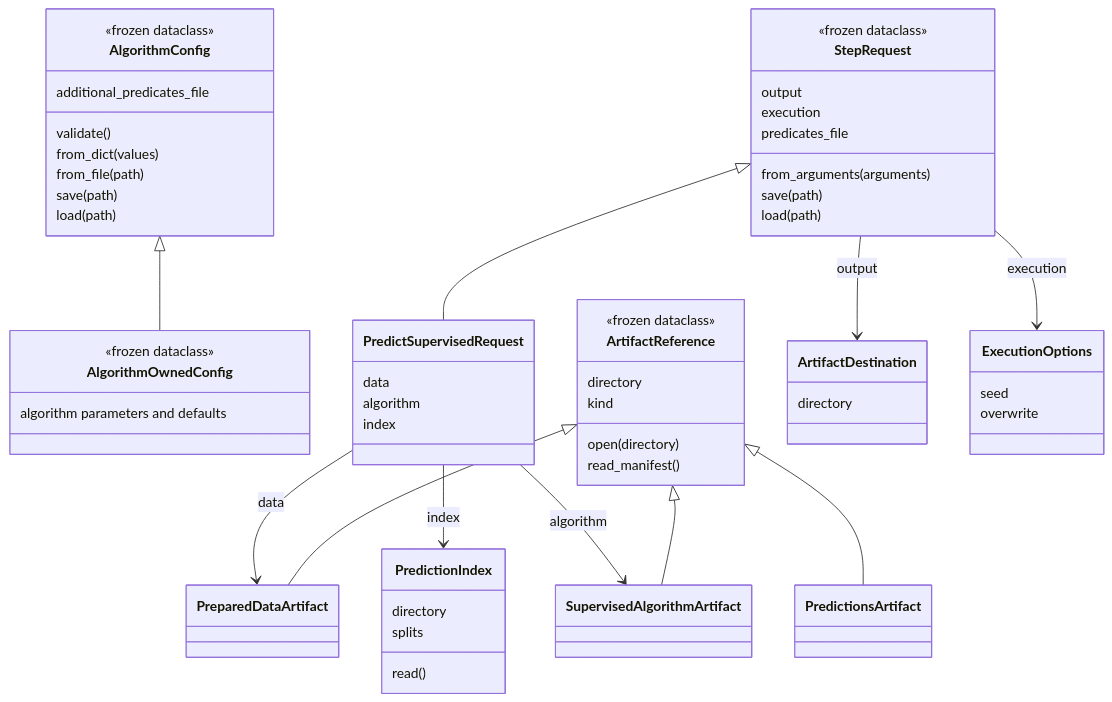
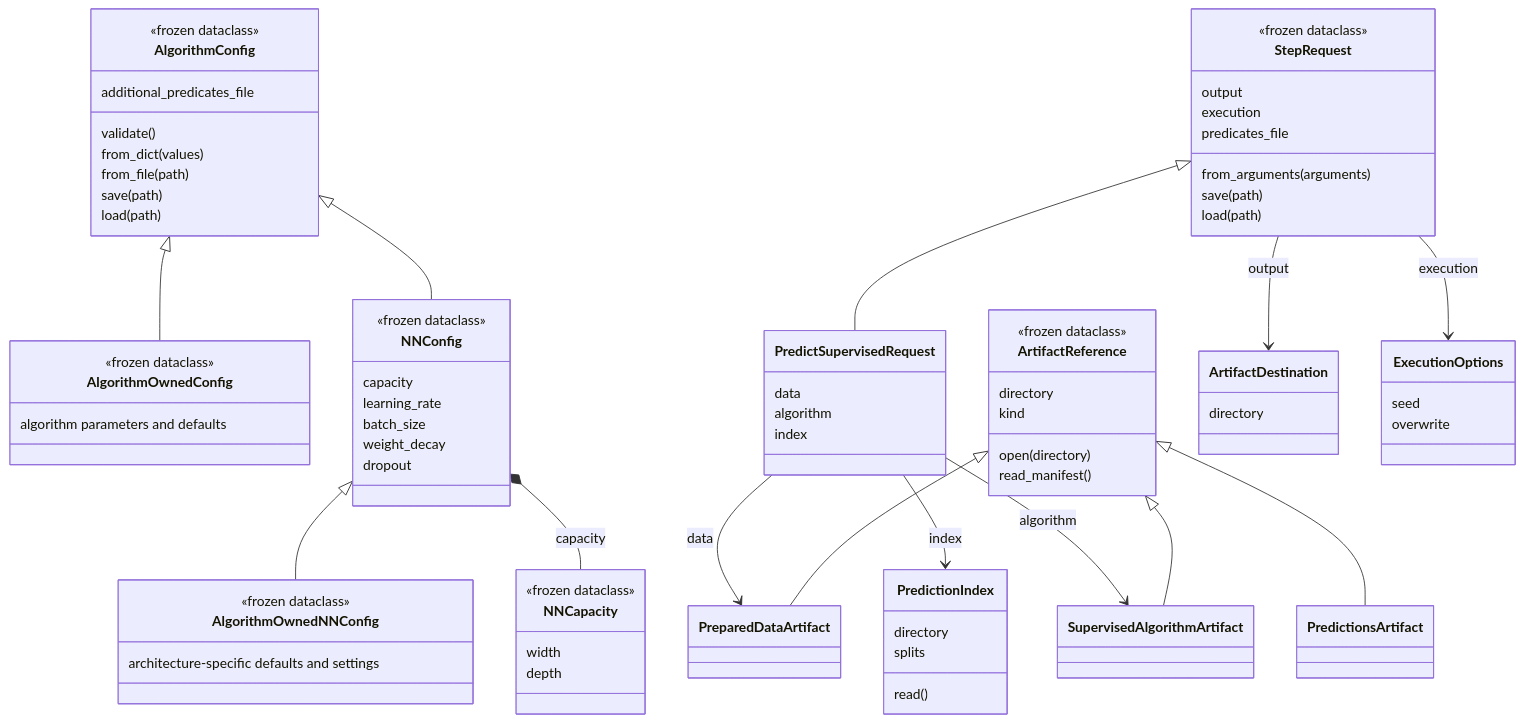
Before and after one commit to McDermottHealthAI/meds-algorithm: the second of 3 diagrams in ARCHITECTURE.md, drawn with Mermaid. The commit also changed other lines of this file and 8 other files, not shown here.

````diff
--- a/ARCHITECTURE.md
+++ b/ARCHITECTURE.md
@@ -73,62 +73,82 @@
 ```mermaid
 classDiagram
     class AlgorithmConfig {
         <<frozen dataclass>>
         additional_predicates_file
         validate()
         from_dict(values)
         from_file(path)
         save(path)
         load(path)
     }
     class AlgorithmOwnedConfig {
         <<frozen dataclass>>
         algorithm parameters and defaults
+    }
+    class NNConfig {
+        <<frozen dataclass>>
+        capacity
+        learning_rate
+        batch_size
+        weight_decay
+        dropout
+    }
+    class NNCapacity {
+        <<frozen dataclass>>
+        width
+        depth
+    }
+    class AlgorithmOwnedNNConfig {
+        <<frozen dataclass>>
+        architecture-specific defaults and settings
     }
     class StepRequest {
         <<frozen dataclass>>
         output
         execution
         predicates_file
         from_arguments(arguments)
         save(path)
         load(path)
     }
     class PredictSupervisedRequest {
         data
         algorithm
         index
     }
     class ArtifactReference {
         <<frozen dataclass>>
         directory
         kind
         open(directory)
         read_manifest()
     }
     class PreparedDataArtifact
     class SupervisedAlgorithmArtifact
     class PredictionsArtifact
     class PredictionIndex {
         directory
         splits
         read()
     }
     class ArtifactDestination {
         directory
     }
     class ExecutionOptions {
         seed
         overwrite
     }
     AlgorithmConfig <|-- AlgorithmOwnedConfig
+    AlgorithmConfig <|-- NNConfig
+    NNConfig <|-- AlgorithmOwnedNNConfig
+    NNConfig *-- NNCapacity : capacity
     StepRequest <|-- PredictSupervisedRequest
     ArtifactReference <|-- PreparedDataArtifact
     ArtifactReference <|-- SupervisedAlgorithmArtifact
     ArtifactReference <|-- PredictionsArtifact
     PredictSupervisedRequest --> PreparedDataArtifact : data
     PredictSupervisedRequest --> SupervisedAlgorithmArtifact : algorithm
     PredictSupervisedRequest --> PredictionIndex : index
     StepRequest --> ArtifactDestination : output
     StepRequest --> ExecutionOptions : execution
 ```
````
